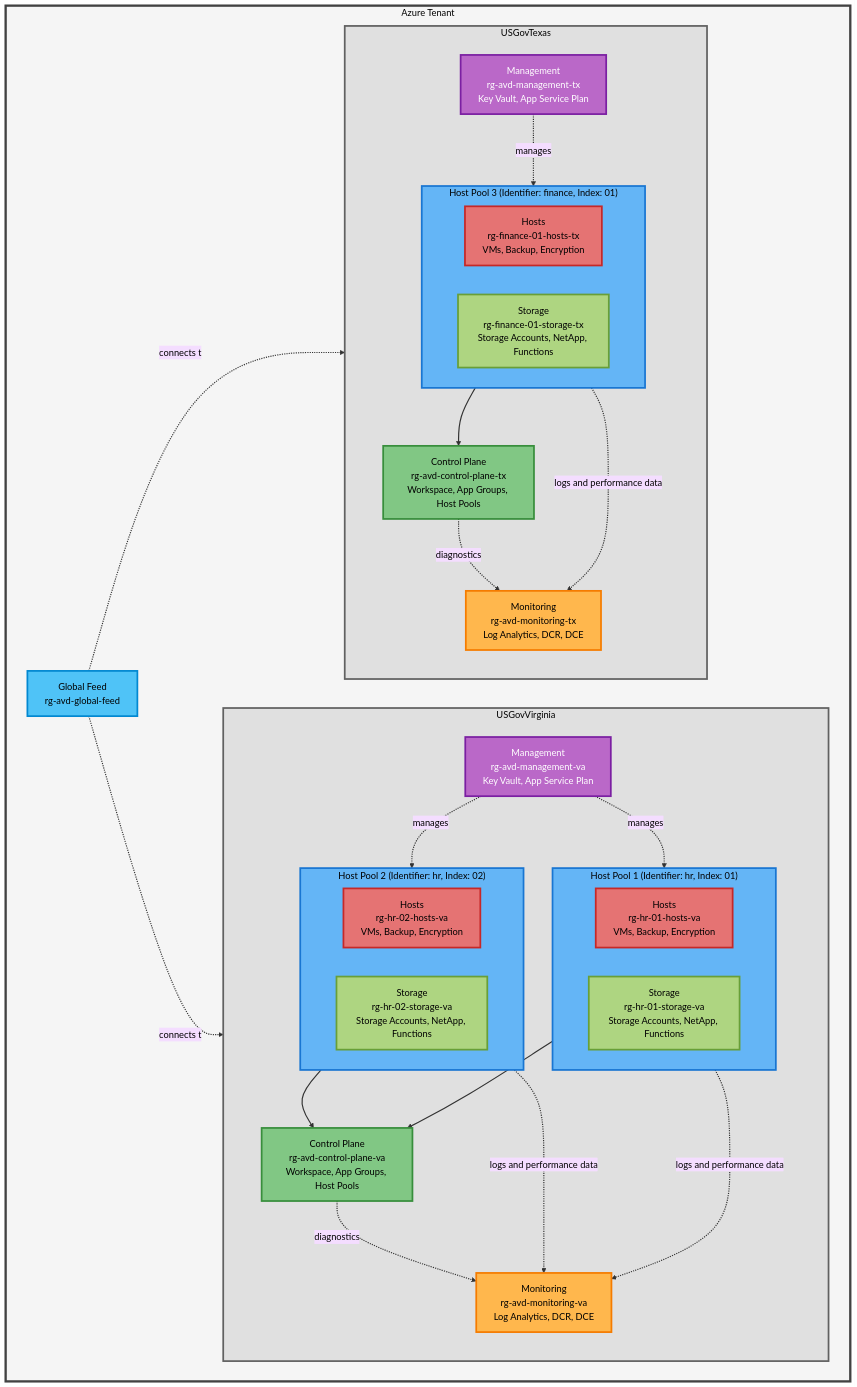
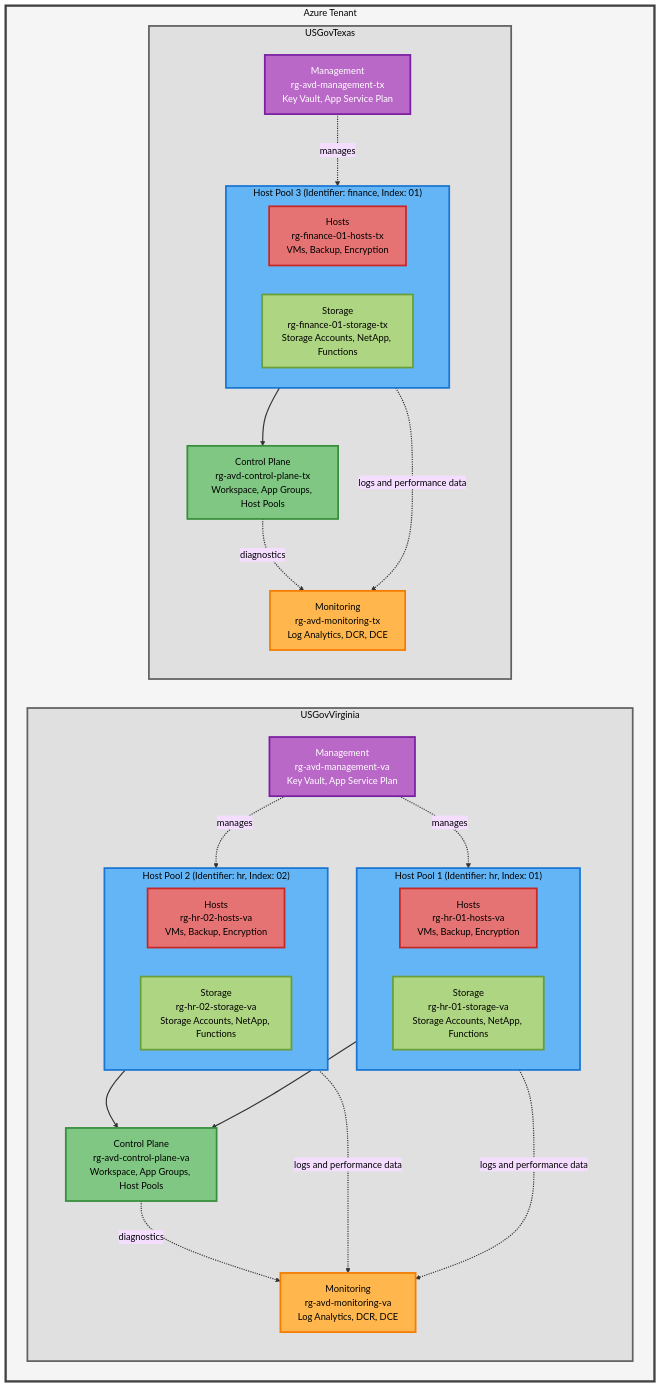
One commit to Azure/FederalAVD changed the diagram in docs/design.md. Above: the diagram before and after it, drawn with Mermaid (base theme).

Commit message:
removed global feed

````diff
--- a/docs/design.md
+++ b/docs/design.md
@@ -17,79 +17,75 @@
 ```mermaid
 graph TB
     subgraph Tenant["Azure Tenant"]
-        GF[Global Feed<br/>rg-avd-global-feed]
         
         subgraph Region1["USGovVirginia<br/>"]
             direction TB
             MON1[Monitoring<br/>rg-avd-monitoring-va<br/>Log Analytics, DCR, DCE]
             MGT1[Management<br/>rg-avd-management-va<br/>Key Vault, App Service Plan]
             CP1[Control Plane<br/>rg-avd-control-plane-va<br/>Workspace, App Groups, Host Pools]
             
             subgraph HP1["Host Pool 1 (Identifier: hr, Index: 01)"]
                 direction LR
                 HOSTS1[Hosts<br/>rg-hr-01-hosts-va<br/>VMs, Backup, Encryption]
                 STORAGE1[Storage<br/>rg-hr-01-storage-va<br/>Storage Accounts, NetApp, Functions]
             end
             
             subgraph HP2["Host Pool 2 (Identifier: hr, Index: 02)"]
                 direction LR
                 HOSTS2[Hosts<br/>rg-hr-02-hosts-va<br/>VMs, Backup, Encryption]
                 STORAGE2[Storage<br/>rg-hr-02-storage-va<br/>Storage Accounts, NetApp, Functions]
             end
             
             HP1 --> CP1
             HP2 --> CP1
             CP1 -.diagnostics.-> MON1
             HOSTS1 -.logs and performance data.-> MON1
             HOSTS2 -.logs and performance data.-> MON1
             MGT1 -.manages.-> HP1
             MGT1 -.manages.-> HP2
         end
         
         subgraph Region2["USGovTexas<br/>"]
             direction TB
             MON2[Monitoring<br/>rg-avd-monitoring-tx<br/>Log Analytics, DCR, DCE]
             MGT2[Management<br/>rg-avd-management-tx<br/>Key Vault, App Service Plan]
             CP2[Control Plane<br/>rg-avd-control-plane-tx<br/>Workspace, App Groups, Host Pools]
             
             subgraph HP3["Host Pool 3 (Identifier: finance, Index: 01)"]
                 direction LR
                 HOSTS3[Hosts<br/>rg-finance-01-hosts-tx<br/>VMs, Backup, Encryption]
                 STORAGE3[Storage<br/>rg-finance-01-storage-tx<br/>Storage Accounts, NetApp, Functions]
             end
             
             HP3 --> CP2
             CP2 -.diagnostics.-> MON2
             HOSTS3 -.logs and performance data.-> MON2
             MGT2 -.manages.-> HP3
         end
-        
-        GF -.connects to.-> CP1
-        GF -.connects to.-> CP2
     end
     
     %% Define styles for different resource group types
     classDef globalFeed fill:#4fc3f7,stroke:#0288d1,stroke-width:3px,color:#000
     classDef monitoring fill:#ffb74d,stroke:#f57c00,stroke-width:3px,color:#000
     classDef management fill:#ba68c8,stroke:#7b1fa2,stroke-width:3px,color:#fff
     classDef controlPlane fill:#81c784,stroke:#388e3c,stroke-width:3px,color:#000
     classDef hosts fill:#e57373,stroke:#c62828,stroke-width:3px,color:#000
     classDef storage fill:#aed581,stroke:#689f38,stroke-width:3px,color:#000
     classDef hostPool fill:#64b5f6,stroke:#1976d2,stroke-width:3px,color:#000
     classDef region fill:#e0e0e0,stroke:#616161,stroke-width:3px,color:#000
     classDef tenant fill:#f5f5f5,stroke:#424242,stroke-width:4px,color:#000
     
     %% Apply styles to nodes
     class GF globalFeed
     class MON1,MON2 monitoring
     class MGT1,MGT2 management
     class CP1,CP2 controlPlane
     class HOSTS1,HOSTS2,HOSTS3 hosts
     class STORAGE1,STORAGE2,STORAGE3 storage
     class HP1,HP2,HP3 hostPool
     class Region1,Region2 region
     class Tenant tenant
     
     %% Style connectors - make them darker and more visible
     linkStyle default stroke:#333,stroke-width:2px,color:#000
 ```
````
